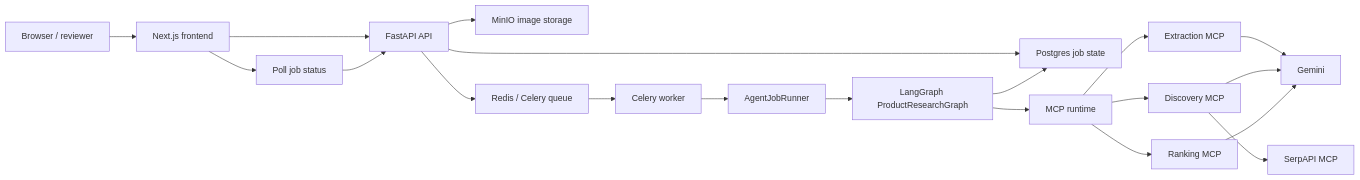
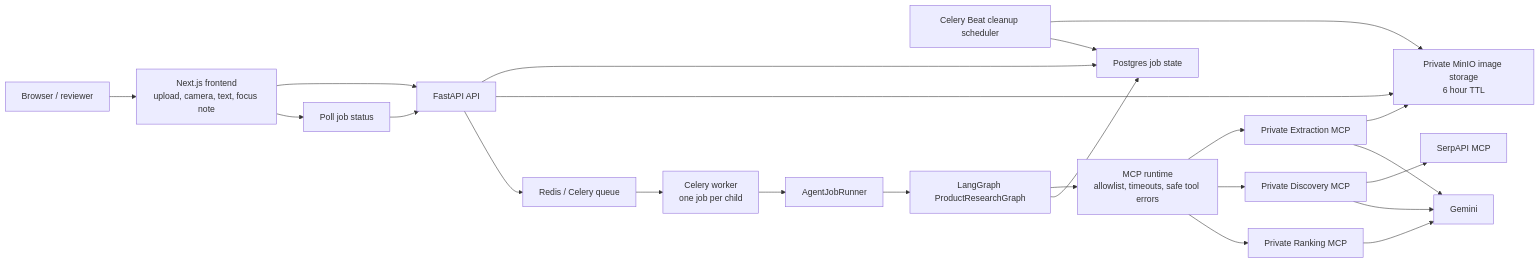
Before and after one commit to DHRUVSHARM/ThriftLens: the first of 6 diagrams in APPROACH.md, drawn with Mermaid. The commit also changed other lines of this file and 11 other files, not shown here.

````diff
--- a/APPROACH.md
+++ b/APPROACH.md
@@ -154,22 +154,25 @@
 ```mermaid
 flowchart LR
-  Browser["Browser / reviewer"] --> Web["Next.js frontend"]
+  Browser["Browser / reviewer"] --> Web["Next.js frontend<br/>upload, camera, text, focus note"]
   Web --> Api["FastAPI API"]
   Api --> Pg["Postgres job state"]
-  Api --> Obj["MinIO image storage"]
+  Api --> Obj["Private MinIO image storage<br/>6 hour TTL"]
   Api --> Queue["Redis / Celery queue"]
-  Queue --> Worker["Celery worker"]
+  Beat["Celery Beat cleanup scheduler"] --> Obj
+  Beat --> Pg
+  Queue --> Worker["Celery worker<br/>one job per child"]
   Worker --> Runner["AgentJobRunner"]
   Runner --> Graph["LangGraph ProductResearchGraph"]
-  Graph --> Runtime["MCP runtime"]
-  Runtime --> Extraction["Extraction MCP"]
-  Runtime --> Discovery["Discovery MCP"]
-  Runtime --> Ranking["Ranking MCP"]
+  Graph --> Runtime["MCP runtime<br/>allowlist, timeouts, safe tool errors"]
+  Runtime --> Extraction["Private Extraction MCP"]
+  Runtime --> Discovery["Private Discovery MCP"]
+  Runtime --> Ranking["Private Ranking MCP"]
+  Extraction --> Obj
   Extraction --> Gemini["Gemini"]
   Discovery --> SerpApi["SerpAPI MCP"]
   Discovery --> Gemini
   Ranking --> Gemini
   Graph --> Pg
   Web --> Poll["Poll job status"]
   Poll --> Api
 ```
````
